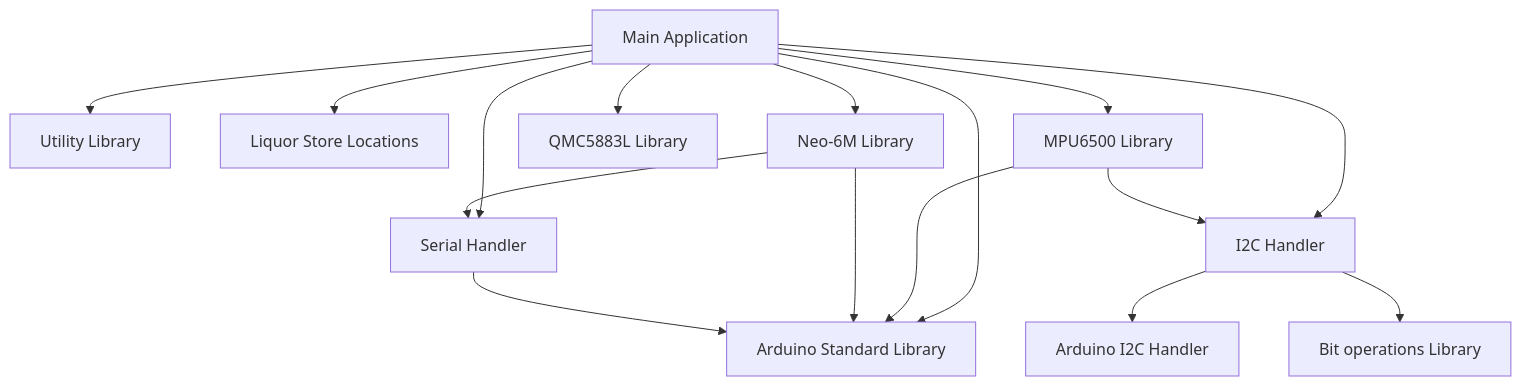
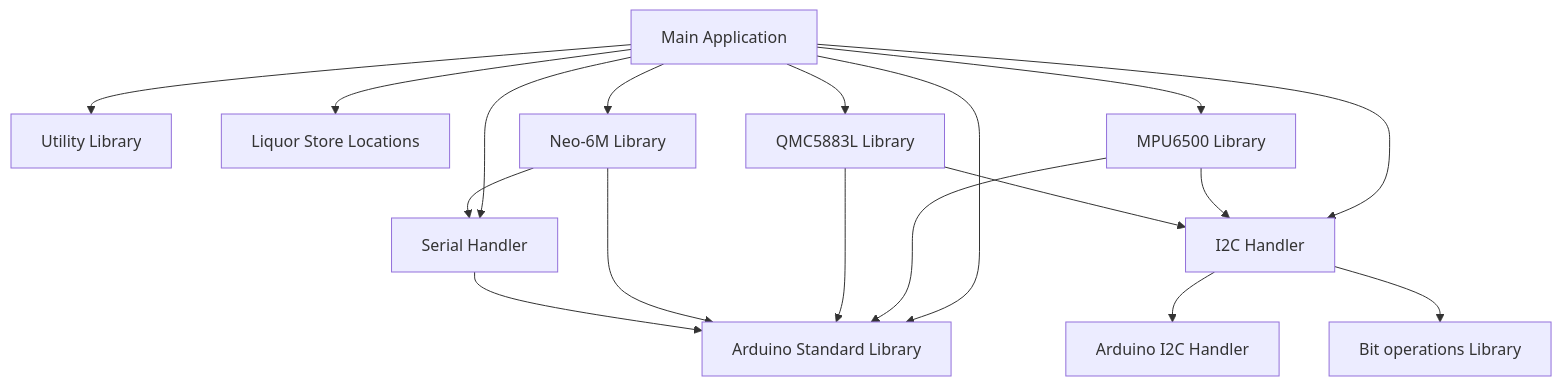
The diagram in readme.md (kyleetqi/beercompassV0), drawn with Mermaid before and after one commit. The commit also changed other lines of this file, not shown here.

Commit message:
Update flowchart

````diff
--- a/readme.md
+++ b/readme.md
@@ -11,36 +11,38 @@
 ```mermaid
 
 flowchart TD
 
 %% Main non-hardware libraries
 main[Main Application] --> utils[Utility Library]
 main --> arduino[Arduino Standard Library]
 main --> locations[Liquor Store Locations]
 
 %% Main IC libraries
 main --> mpu6500[MPU6500 Library]
 main --> qmc5883l[QMC5883L Library]
 main --> neo6m[Neo-6M Library]
 
 %% Main hardware interfacing libraries
 main --> serial[Serial Handler]
 main --> i2c[I2C Handler]
 
 %% MPU6500 libraries
 mpu6500 --> arduino
 mpu6500 --> i2c
 
 %% QMC5883L libraries
+qmc5883l --> i2c
+qmc5883l --> arduino
 
 %% Neo-6M libraries
 neo6m --> arduino
 neo6m --> serial
 
 %% I2C libraries
 i2c --> wire[Arduino I2C Handler]
 i2c --> bitops[Bit operations Library]
 
 %% Serial libraries
 serial --> arduino
 
 ```
````
